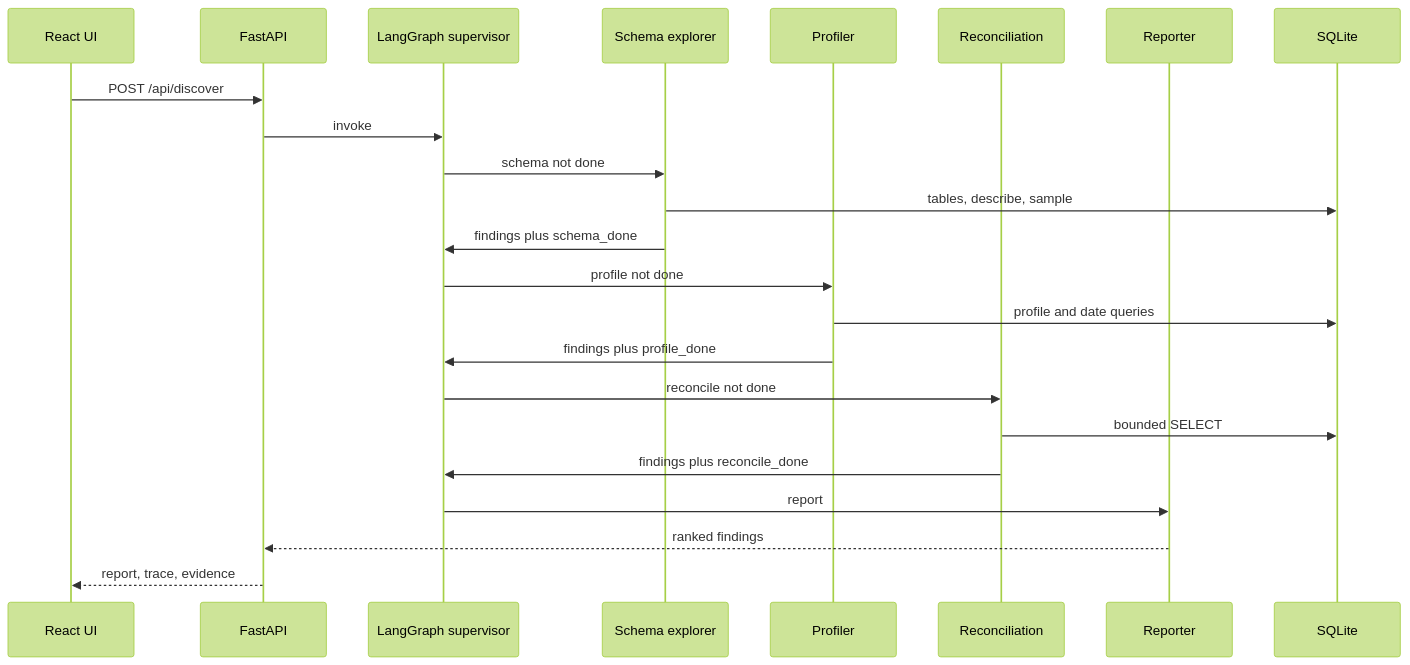
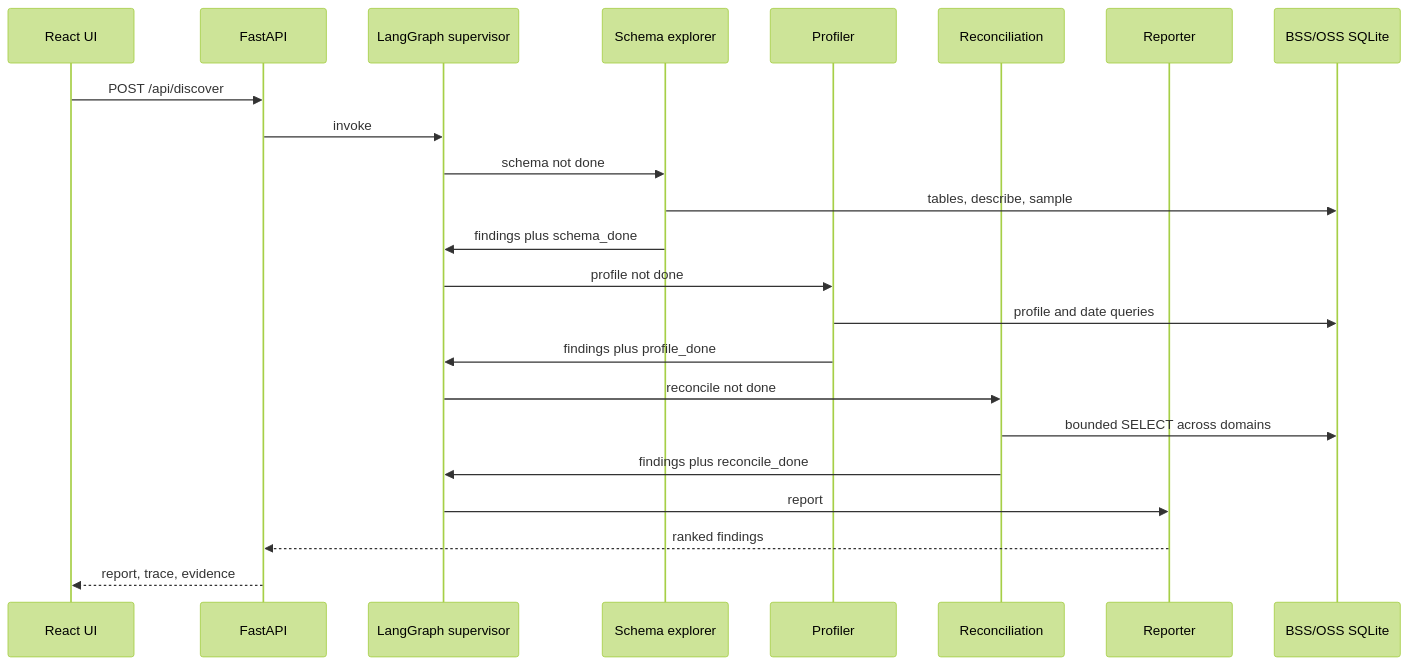
The second of 2 diagrams in docs/architecture/overview.md (venkatkumbha/enterprise-data-gaps-discovery-agent), drawn with Mermaid (forest theme) before and after one commit. The commit also changed other lines of this file and 28 other files, not shown here.

First line of the commit message:
Reframe the home lab as a Telco BSS/OSS data-gap estate.

````diff
--- a/docs/architecture/overview.md
+++ b/docs/architecture/overview.md
@@ -54,26 +58,26 @@
 ```mermaid
 sequenceDiagram
   participant UI as React UI
   participant API as FastAPI
   participant Sup as LangGraph supervisor
   participant Sch as Schema explorer
   participant Pro as Profiler
   participant Rec as Reconciliation
   participant Rep as Reporter
-  participant Db as SQLite
+  participant Db as BSS/OSS SQLite
 
   UI->>API: POST /api/discover
   API->>Sup: invoke
   Sup->>Sch: schema not done
   Sch->>Db: tables, describe, sample
   Sch->>Sup: findings plus schema_done
   Sup->>Pro: profile not done
   Pro->>Db: profile and date queries
   Pro->>Sup: findings plus profile_done
   Sup->>Rec: reconcile not done
-  Rec->>Db: bounded SELECT
+  Rec->>Db: bounded SELECT across domains
   Rec->>Sup: findings plus reconcile_done
   Sup->>Rep: report
   Rep-->>API: ranked findings
   API-->>UI: report, trace, evidence
 ```
````
